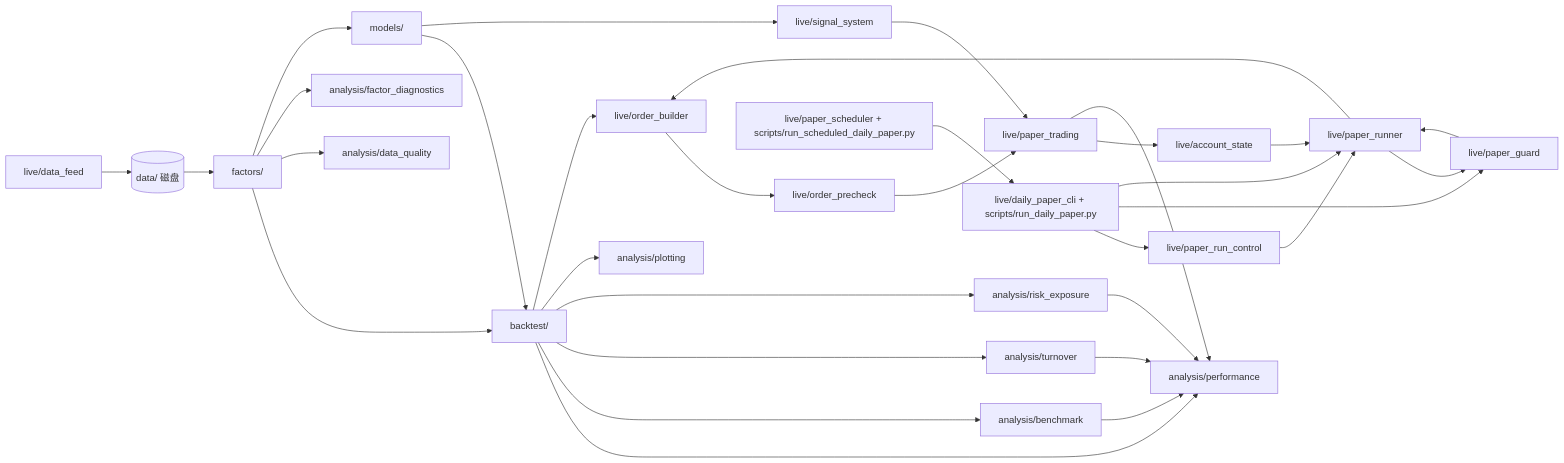
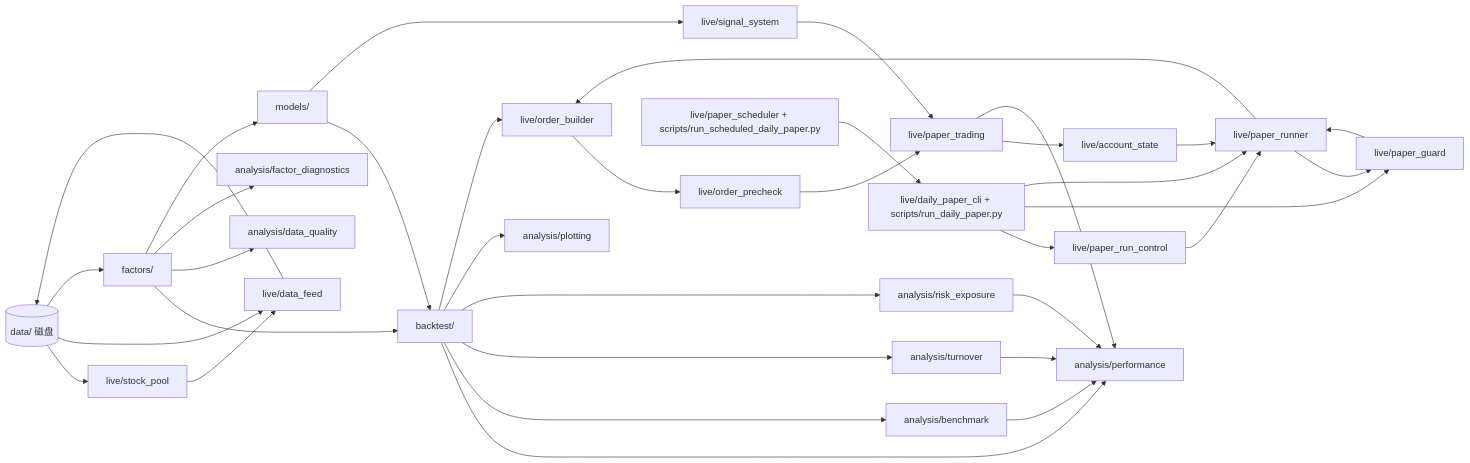
One commit to Mikowong0821/quant_strategy changed the diagram in docs/CODE_STRUCTURE.md. Above: the diagram before and after it, drawn with Mermaid. The commit also changed other lines of this file and 14 other files, not shown here.

Commit message:
Add real stock pool backtest inputs

````diff
--- a/docs/CODE_STRUCTURE.md
+++ b/docs/CODE_STRUCTURE.md
@@ -18,57 +18,61 @@
 ```mermaid
 flowchart LR
   data[(data/ 磁盘)]
+  pool[live/stock_pool]
   feed[live/data_feed]
   fac[factors/]
   bt[backtest/]
   opt[models/]
   sig[live/signal_system]
   order[live/order_builder]
   precheck[live/order_precheck]
   paper[live/paper_trading]
   state[live/account_state]
   runner[live/paper_runner]
   guard[live/paper_guard]
   control[live/paper_run_control]
   scheduler[live/paper_scheduler + scripts/run_scheduled_daily_paper.py]
   cli[live/daily_paper_cli + scripts/run_daily_paper.py]
   perf[analysis/performance]
   dq[analysis/data_quality]
   diag[analysis/factor_diagnostics]
   bench[analysis/benchmark]
   turn[analysis/turnover]
   risk[analysis/risk_exposure]
   plot[analysis/plotting]
 
+  data --> pool
+  pool --> feed
+  data --> feed
   data --> fac
   feed --> data
   fac --> bt
   fac --> dq
   fac --> diag
   opt --> bt
   bt --> perf
   bt --> bench
   bt --> turn
   bt --> risk
   bench --> perf
   turn --> perf
   risk --> perf
   bt --> plot
   bt --> order
   order --> precheck
   fac --> opt
   opt --> sig
   precheck --> paper
   paper --> state
   state --> runner
   cli --> control
   cli --> guard
   control --> runner
   guard --> runner
   scheduler --> cli
   runner --> guard
   runner --> order
   cli --> runner
   sig --> paper
   paper --> perf
 ```
````
